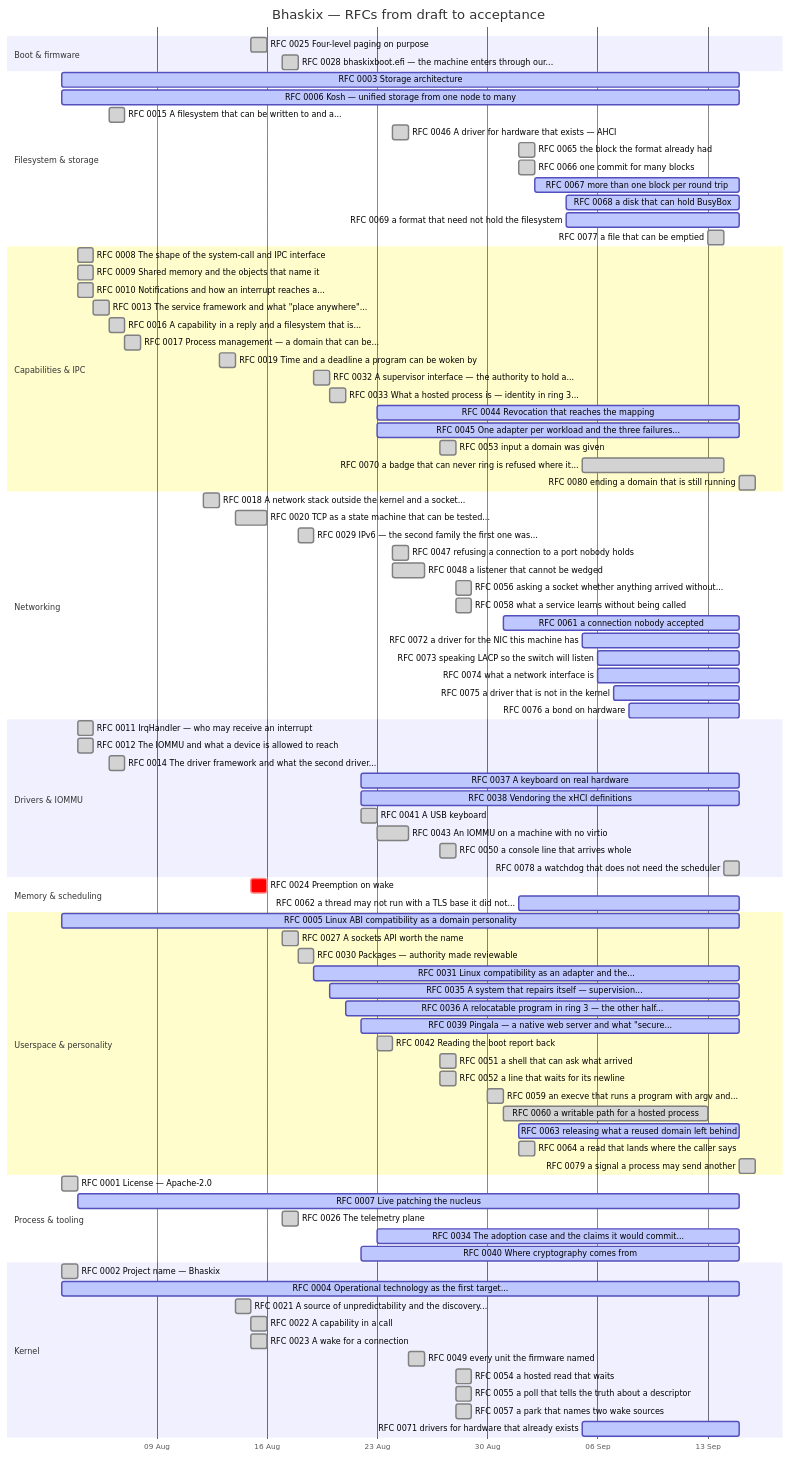
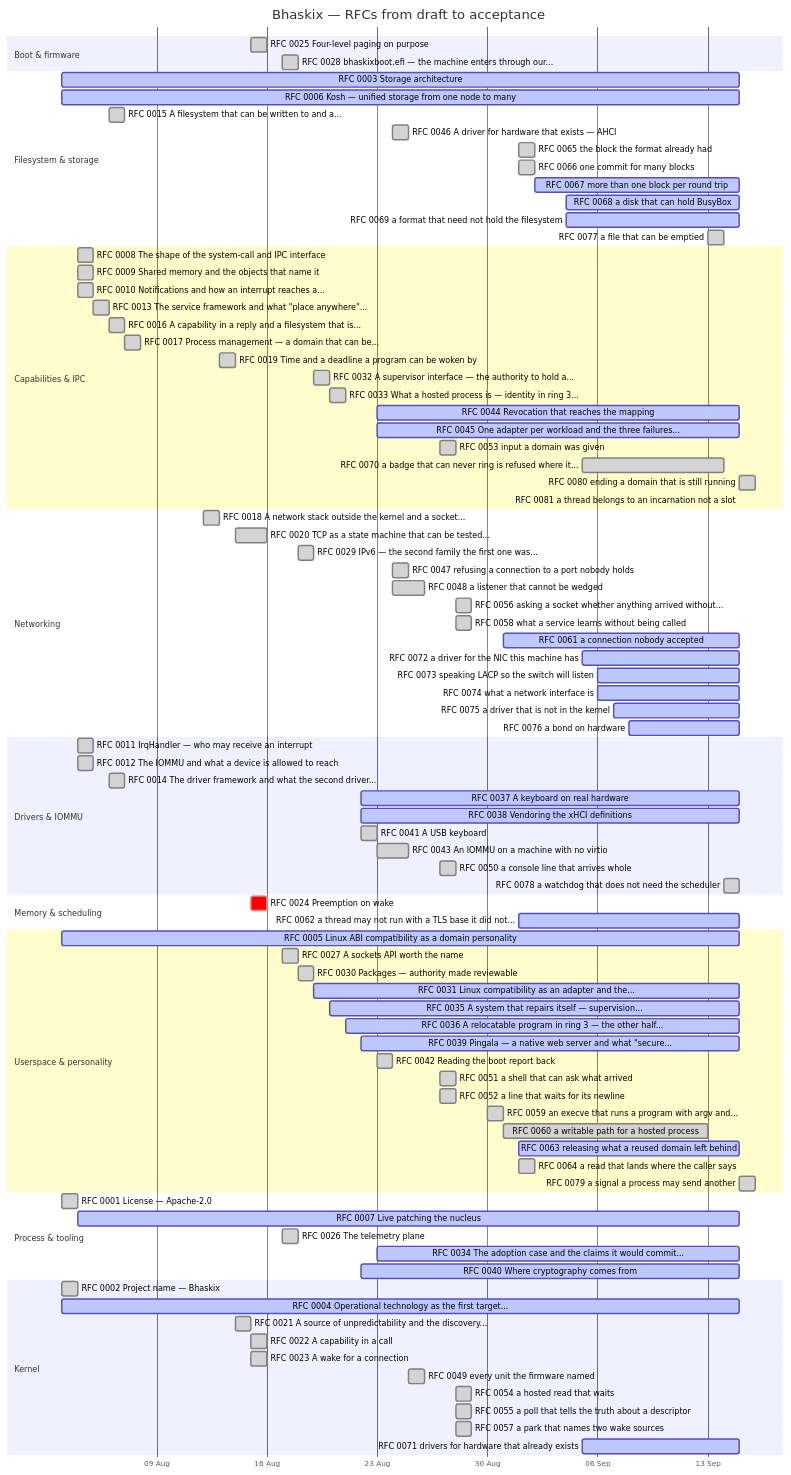
One commit to bhaskix/bhaskix changed the diagram in docs/progress.md. Above: the diagram before and after it, drawn with Mermaid. The commit also changed other lines of this file and 1 other file, not shown here.

First line of the commit message:
docs: RFC 0081 -- a thread belongs to an incarnation, not a slot

```diff
--- a/docs/progress.md
+++ b/docs/progress.md
@@ -56,6 +56,7 @@
     RFC 0053 input a domain was given :done, r0053, 2026-08-27, 1d
     RFC 0070 a badge that can never ring is refused where it... :done, r0070, 2026-09-05, 2026-09-14
     RFC 0080 ending a domain that is still running :done, r0080, 2026-09-15, 1d
+    RFC 0081 a thread belongs to an incarnation not a slot :active, r0081, 2026-09-15, 2026-09-15
     section Networking
     RFC 0018 A network stack outside the kernel and a socket... :done, r0018, 2026-08-12, 2026-08-13
     RFC 0020 TCP as a state machine that can be tested... :done, r0020, 2026-08-14, 2026-08-16
```
